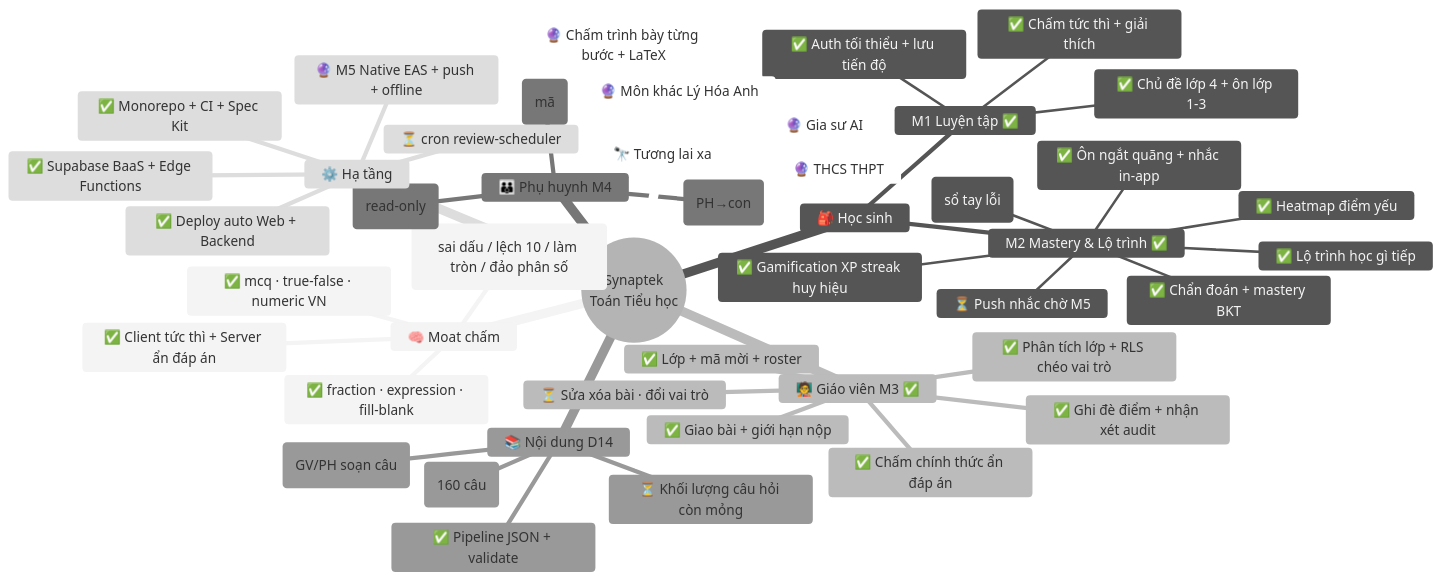
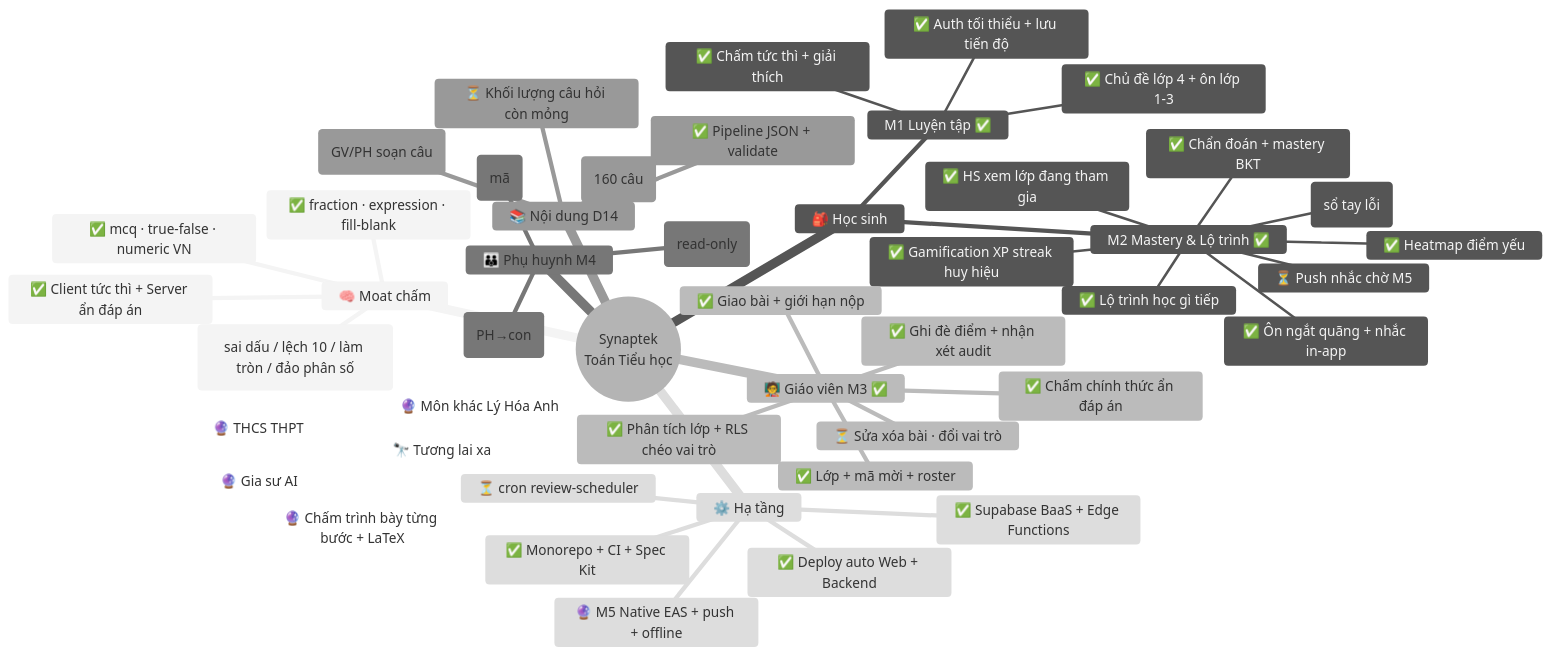
The first of 2 diagrams in docs/FEATURE-MAP.md (hoanghainh1188/synaptek), drawn with Mermaid (neutral theme) before and after one commit. The commit also changed 10 other files, not shown here.

First line of the commit message:
feat: HS xem lớp đang tham gia ("Lớp của tôi") (#32)

````diff
--- a/docs/FEATURE-MAP.md
+++ b/docs/FEATURE-MAP.md
@@ -8,49 +8,50 @@
 ```mermaid
 mindmap
   root((Synaptek<br/>Toán Tiểu học))
     🧠 Moat chấm
       ✅ mcq · true-false · numeric VN
       ✅ fraction · expression · fill-blank
       ✅ Client tức thì + Server ẩn đáp án
       ✅ Chẩn đoán lỗi (sai dấu / lệch 10 / làm tròn / đảo phân số)
     🎒 Học sinh
       M1 Luyện tập ✅
         ✅ Chủ đề lớp 4 + ôn lớp 1-3
         ✅ Chấm tức thì + giải thích
         ✅ Auth tối thiểu + lưu tiến độ
       M2 Mastery & Lộ trình ✅
+        ✅ HS xem lớp đang tham gia
         ✅ Chẩn đoán + mastery BKT
         ✅ Lộ trình học gì tiếp
         ✅ Heatmap điểm yếu
         ✅ Gamification XP streak huy hiệu
         ✅ Ôn ngắt quãng + nhắc in-app
         ✅ Ôn lại câu sai (sổ tay lỗi)
         ⏳ Push nhắc chờ M5
     🧑‍🏫 Giáo viên M3 ✅
       ✅ Lớp + mã mời + roster
       ✅ Giao bài + giới hạn nộp
       ✅ Chấm chính thức ẩn đáp án
       ✅ Ghi đè điểm + nhận xét audit
       ✅ Phân tích lớp + RLS chéo vai trò
       ⏳ Sửa xóa bài · đổi vai trò
     👪 Phụ huynh M4
       ✅ Liên kết phụ huynh - con (mã)
       ✅ Theo dõi tiến độ con (read-only)
       ✅ Giao bài tại nhà (PH→con)
     📚 Nội dung D14
       ✅ Pipeline JSON + validate
       ⏳ Khối lượng câu hỏi còn mỏng
       ✅ Authoring UI (GV/PH soạn câu)
       ✅ Nội dung lớp 1-5 (160 câu)
     ⚙️ Hạ tầng
       ✅ Monorepo + CI + Spec Kit
       ✅ Supabase BaaS + Edge Functions
       ✅ Deploy auto Web + Backend
       ⏳ cron review-scheduler
       🔮 M5 Native EAS + push + offline
     🔭 Tương lai xa
       🔮 THCS THPT
       🔮 Môn khác Lý Hóa Anh
       🔮 Chấm trình bày từng bước + LaTeX
       🔮 Gia sư AI
 ```
````
